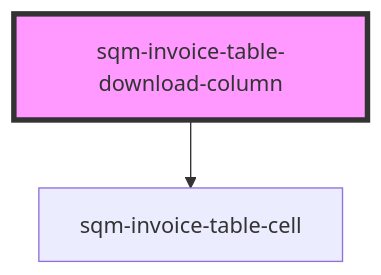
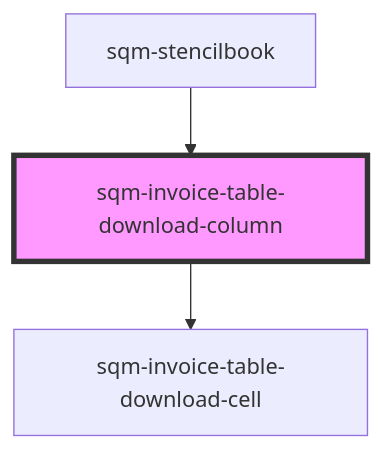
The diagram in packages/mint-components/src/components/sqm-invoice-table/columns/readme.md (saasquatch/program-tools), drawn with Mermaid before and after one commit. The commit also changed other lines of this file and 21 other files, not shown here.

````diff
--- a/packages/mint-components/src/components/sqm-invoice-table/columns/readme.md
+++ b/packages/mint-components/src/components/sqm-invoice-table/columns/readme.md
@@ -45,5 +42,6 @@
 ```mermaid
 graph TD;
-  sqm-invoice-table-download-column --> sqm-invoice-table-cell
+  sqm-invoice-table-download-column --> sqm-invoice-table-download-cell
+  sqm-stencilbook --> sqm-invoice-table-download-column
   style sqm-invoice-table-download-column fill:#f9f,stroke:#333,stroke-width:4px
 ```
````
